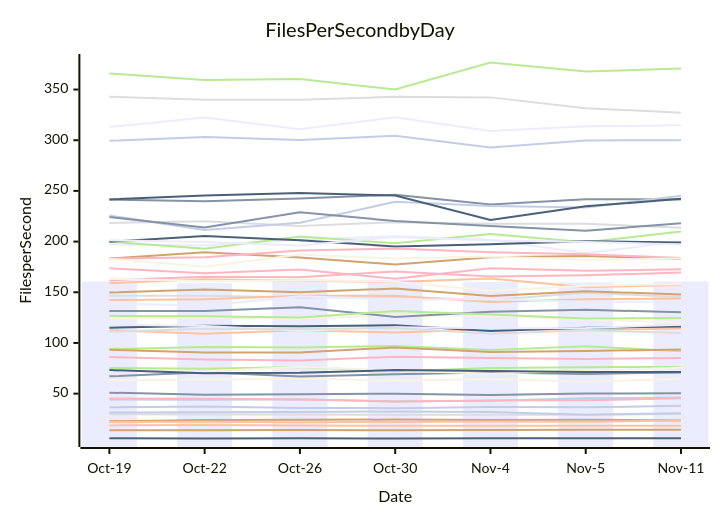
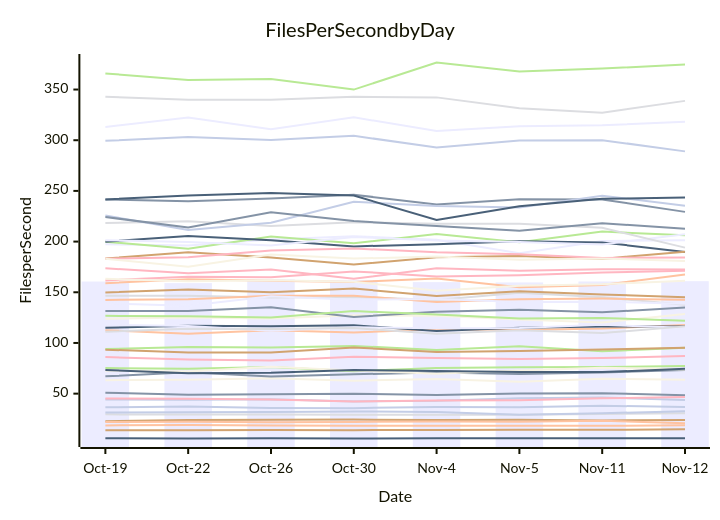
Before and after one commit to streetsidesoftware/cspell: the diagram in perf-report.md, drawn with Mermaid. The commit also changed other lines of this file and 1 other file, not shown here.

````diff
--- a/perf-report.md
+++ b/perf-report.md
@@ -10,57 +10,57 @@
 ```mermaid
 xychart-beta
     title Files Per Second by Day
     y-axis Files per Second
-    x-axis Date [Oct-19, Oct-22, Oct-26, Oct-30, Nov-4, Nov-5, Nov-11]
-    bar [160.58, 159.03, 162.88, 161.94, 160.02, 159.72, 160.65]
-    line [50.97, 49.03, 49.37, 49.99, 48.68, 50.03, 50.42]
-    line [112.56, 109.04, 112.63, 110.40, 113.53, 112.85, 114.15]
-    line [146.50, 146.67, 144.85, 145.45, 142.42, 149.63, 145.08]
-    line [93.97, 96.00, 95.45, 97.05, 93.17, 96.79, 91.80]
-    line [22.78, 23.92, 24.17, 24.43, 23.95, 24.20, 23.49]
-    line [36.49, 37.33, 35.82, 35.71, 36.86, 36.50, 38.05]
-    line [161.71, 165.23, 164.80, 170.61, 165.61, 166.70, 169.45]
-    line [6.02, 5.75, 6.03, 5.80, 6.05, 5.91, 5.92]
-    line [63.29, 63.79, 65.07, 62.75, 64.51, 61.69, 64.67]
-    line [197.32, 196.05, 201.96, 205.39, 201.71, 188.42, 200.46]
-    line [67.05, 71.08, 67.00, 69.09, 70.86, 69.37, 70.88]
-    line [18.69, 19.00, 18.63, 18.25, 18.44, 18.38, 18.23]
-    line [29.58, 29.31, 29.41, 29.14, 29.07, 29.19, 29.96]
-    line [75.28, 74.51, 76.18, 72.03, 75.21, 76.09, 76.34]
-    line [93.37, 90.70, 90.60, 95.53, 91.04, 92.11, 93.46]
-    line [44.15, 44.08, 44.42, 42.24, 42.88, 45.37, 46.20]
-    line [173.59, 168.67, 172.42, 163.25, 173.61, 171.18, 172.63]
-    line [115.01, 116.88, 116.53, 117.43, 111.89, 115.01, 116.13]
-    line [123.99, 125.15, 124.19, 127.28, 126.86, 123.18, 120.25]
-    line [118.00, 116.85, 112.16, 115.50, 114.45, 114.87, 117.85]
-    line [131.49, 131.59, 135.21, 125.70, 130.73, 132.76, 130.23]
-    line [22.11, 22.28, 21.78, 22.12, 22.59, 22.34, 23.16]
-    line [342.86, 339.81, 339.82, 342.79, 342.26, 331.64, 327.21]
-    line [199.89, 192.85, 204.98, 198.27, 207.58, 199.26, 209.84]
-    line [149.81, 152.74, 149.93, 153.73, 146.39, 151.10, 147.79]
-    line [299.41, 303.13, 300.22, 304.34, 292.89, 299.81, 300.08]
-    line [45.18, 45.07, 44.31, 42.25, 43.22, 43.49, 45.34]
-    line [199.93, 205.59, 201.31, 195.27, 197.35, 200.31, 199.19]
-    line [72.64, 71.96, 76.44, 72.80, 69.62, 72.93, 75.62]
-    line [201.34, 199.55, 196.07, 204.60, 201.12, 199.63, 197.18]
-    line [241.48, 239.78, 242.41, 246.20, 236.64, 241.81, 241.59]
-    line [158.95, 162.77, 161.40, 160.02, 163.60, 155.05, 157.20]
-    line [218.31, 220.10, 215.49, 219.14, 217.54, 217.64, 213.57]
-    line [126.74, 126.46, 125.04, 131.49, 128.05, 124.13, 124.73]
-    line [183.26, 189.47, 184.23, 177.36, 184.49, 185.72, 182.94]
-    line [225.66, 211.47, 218.53, 239.32, 235.17, 233.67, 245.24]
-    line [183.18, 184.56, 191.17, 193.23, 189.38, 187.47, 183.93]
-    line [73.27, 70.11, 70.57, 73.22, 72.23, 71.32, 71.25]
-    line [183.04, 175.20, 187.18, 183.23, 185.22, 182.14, 183.42]
-    line [313.03, 322.37, 310.93, 322.55, 309.17, 313.73, 314.69]
-    line [224.21, 213.97, 229.01, 220.21, 215.36, 210.66, 218.14]
-    line [142.44, 143.06, 146.69, 146.59, 140.40, 143.02, 143.74]
-    line [111.02, 113.95, 113.80, 114.69, 109.15, 112.48, 109.72]
-    line [365.93, 359.34, 360.33, 349.95, 376.67, 367.68, 370.64]
-    line [13.81, 14.01, 14.02, 13.97, 14.18, 14.33, 14.26]
-    line [31.44, 31.67, 31.78, 32.41, 31.83, 29.14, 30.76]
-    line [86.03, 83.62, 82.78, 86.40, 85.26, 84.18, 85.13]
-    line [241.58, 245.56, 247.95, 245.41, 221.31, 234.75, 242.27]
-    line [163.29, 160.80, 161.82, 160.48, 151.46, 156.36, 158.02]
-    line [139.08, 136.76, 146.14, 142.74, 143.48, 140.52, 140.72]
+    x-axis Date [Oct-19, Oct-22, Oct-26, Oct-30, Nov-4, Nov-5, Nov-11, Nov-12]
+    bar [160.58, 159.03, 162.88, 161.94, 160.02, 159.72, 160.65, 160.92]
+    line [50.97, 49.03, 49.37, 49.99, 48.68, 50.03, 50.42, 48.39]
+    line [112.56, 109.04, 112.63, 110.40, 113.53, 112.85, 114.15, 117.72]
+    line [146.50, 146.67, 144.85, 145.45, 142.42, 149.63, 145.08, 137.59]
+    line [93.97, 96.00, 95.45, 97.05, 93.17, 96.79, 91.80, 95.26]
+    line [22.78, 23.92, 24.17, 24.43, 23.95, 24.20, 23.49, 24.01]
+    line [36.49, 37.33, 35.82, 35.71, 36.86, 36.50, 38.05, 36.87]
+    line [161.71, 165.23, 164.80, 170.61, 165.61, 166.70, 169.45, 171.14]
+    line [6.02, 5.75, 6.03, 5.80, 6.05, 5.91, 5.92, 6.03]
+    line [63.29, 63.79, 65.07, 62.75, 64.51, 61.69, 64.67, 63.61]
+    line [197.32, 196.05, 201.96, 205.39, 201.71, 188.42, 200.46, 201.35]
+    line [67.05, 71.08, 67.00, 69.09, 70.86, 69.37, 70.88, 73.24]
+    line [18.69, 19.00, 18.63, 18.25, 18.44, 18.38, 18.23, 18.77]
+    line [29.58, 29.31, 29.41, 29.14, 29.07, 29.19, 29.96, 30.62]
+    line [75.28, 74.51, 76.18, 72.03, 75.21, 76.09, 76.34, 77.34]
+    line [93.37, 90.70, 90.60, 95.53, 91.04, 92.11, 93.46, 95.32]
+    line [44.15, 44.08, 44.42, 42.24, 42.88, 45.37, 46.20, 43.72]
+    line [173.59, 168.67, 172.42, 163.25, 173.61, 171.18, 172.63, 172.57]
+    line [115.01, 116.88, 116.53, 117.43, 111.89, 115.01, 116.13, 116.23]
+    line [123.99, 125.15, 124.19, 127.28, 126.86, 123.18, 120.25, 128.68]
+    line [118.00, 116.85, 112.16, 115.50, 114.45, 114.87, 117.85, 114.90]
+    line [131.49, 131.59, 135.21, 125.70, 130.73, 132.76, 130.23, 134.91]
+    line [22.11, 22.28, 21.78, 22.12, 22.59, 22.34, 23.16, 20.73]
+    line [342.86, 339.81, 339.82, 342.79, 342.26, 331.64, 327.21, 338.82]
+    line [199.89, 192.85, 204.98, 198.27, 207.58, 199.26, 209.84, 206.34]
+    line [149.81, 152.74, 149.93, 153.73, 146.39, 151.10, 147.79, 145.16]
+    line [299.41, 303.13, 300.22, 304.34, 292.89, 299.81, 300.08, 288.99]
+    line [45.18, 45.07, 44.31, 42.25, 43.22, 43.49, 45.34, 46.71]
+    line [199.93, 205.59, 201.31, 195.27, 197.35, 200.31, 199.19, 189.83]
+    line [72.64, 71.96, 76.44, 72.80, 69.62, 72.93, 75.62, 73.75]
+    line [201.34, 199.55, 196.07, 204.60, 201.12, 199.63, 197.18, 207.32]
+    line [241.48, 239.78, 242.41, 246.20, 236.64, 241.81, 241.59, 229.31]
+    line [158.95, 162.77, 161.40, 160.02, 163.60, 155.05, 157.20, 167.42]
+    line [218.31, 220.10, 215.49, 219.14, 217.54, 217.64, 213.57, 194.06]
+    line [126.74, 126.46, 125.04, 131.49, 128.05, 124.13, 124.73, 121.89]
+    line [183.26, 189.47, 184.23, 177.36, 184.49, 185.72, 182.94, 190.08]
+    line [225.66, 211.47, 218.53, 239.32, 235.17, 233.67, 245.24, 235.41]
+    line [183.18, 184.56, 191.17, 193.23, 189.38, 187.47, 183.93, 184.33]
+    line [73.27, 70.11, 70.57, 73.22, 72.23, 71.32, 71.25, 74.54]
+    line [183.04, 175.20, 187.18, 183.23, 185.22, 182.14, 183.42, 180.73]
+    line [313.03, 322.37, 310.93, 322.55, 309.17, 313.73, 314.69, 318.29]
+    line [224.21, 213.97, 229.01, 220.21, 215.36, 210.66, 218.14, 212.61]
+    line [142.44, 143.06, 146.69, 146.59, 140.40, 143.02, 143.74, 142.69]
+    line [111.02, 113.95, 113.80, 114.69, 109.15, 112.48, 109.72, 116.36]
+    line [365.93, 359.34, 360.33, 349.95, 376.67, 367.68, 370.64, 374.73]
+    line [13.81, 14.01, 14.02, 13.97, 14.18, 14.33, 14.26, 14.76]
+    line [31.44, 31.67, 31.78, 32.41, 31.83, 29.14, 30.76, 32.51]
+    line [86.03, 83.62, 82.78, 86.40, 85.26, 84.18, 85.13, 87.16]
+    line [241.58, 245.56, 247.95, 245.41, 221.31, 234.75, 242.27, 243.38]
+    line [163.29, 160.80, 161.82, 160.48, 151.46, 156.36, 158.02, 161.49]
+    line [139.08, 136.76, 146.14, 142.74, 143.48, 140.52, 140.72, 138.66]
 ```
````
